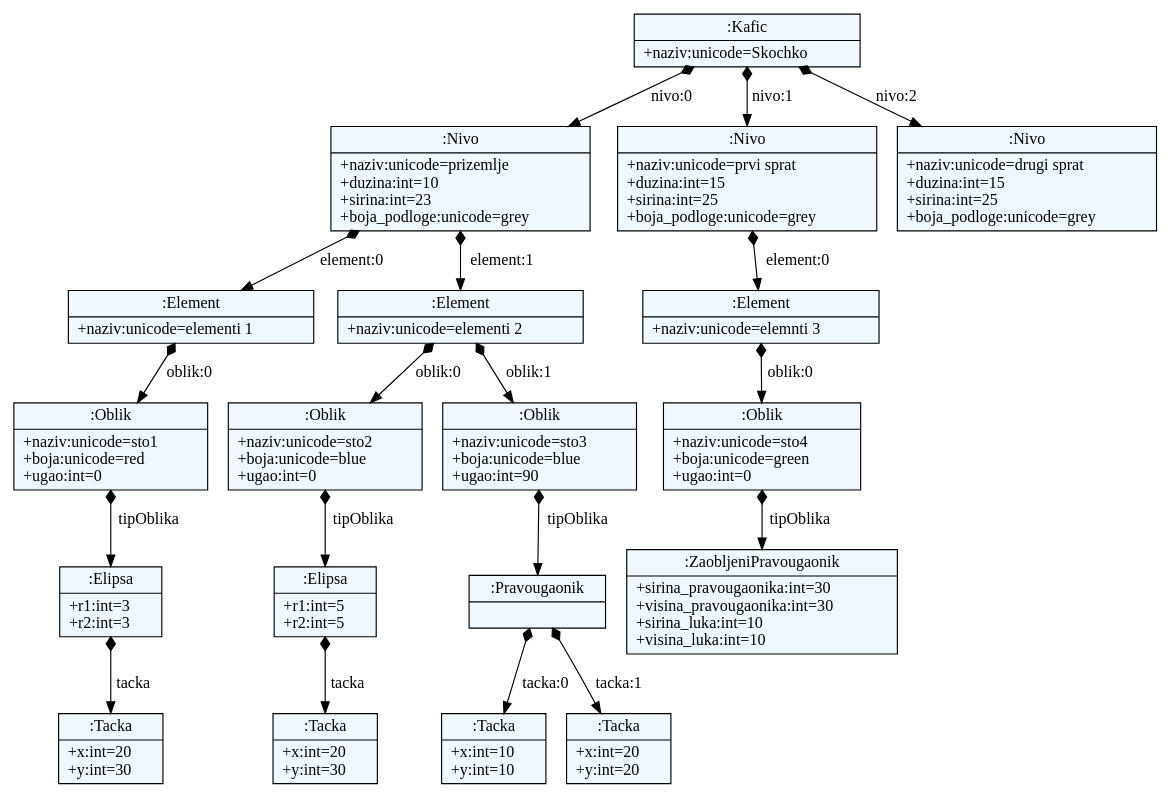
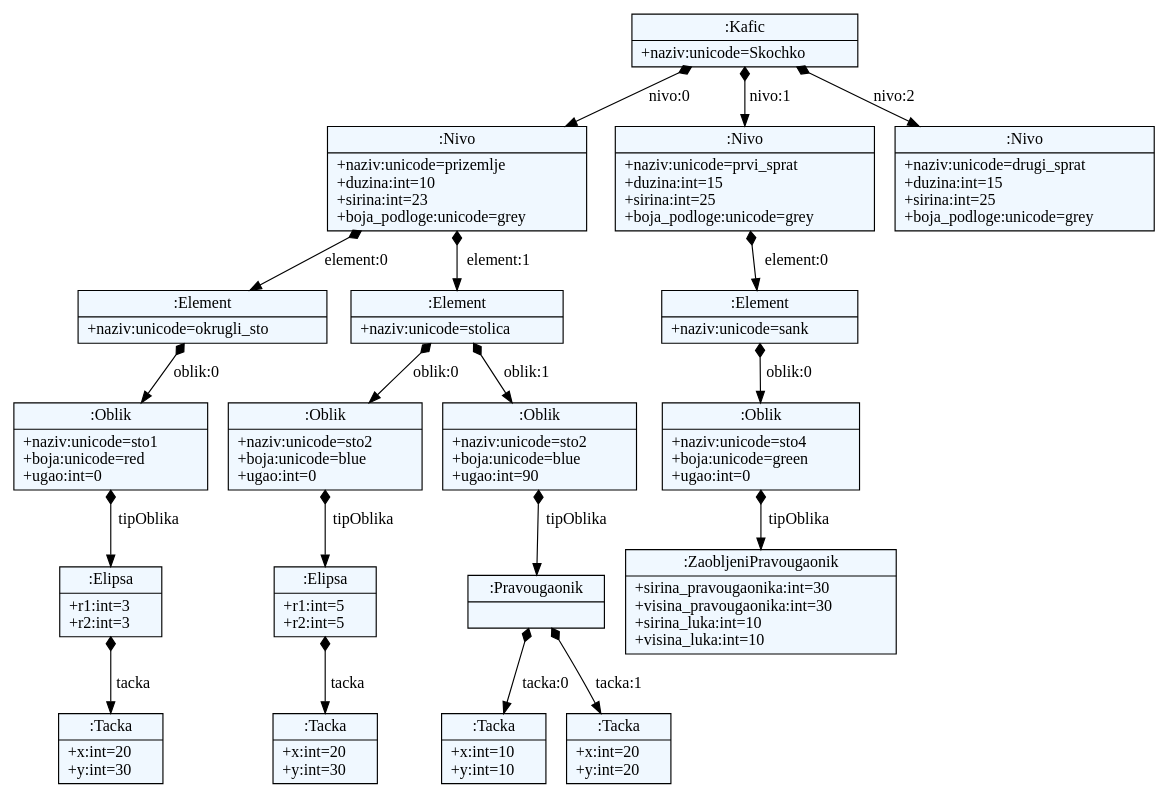
Before and after one commit to 0xMilica/JSDGenerator: the diagram in JSDProject/language/model.dot, drawn with Graphviz. The commit also changed 8 other files, not shown here.

```diff
--- a/JSDProject/language/model.dot
+++ b/JSDProject/language/model.dot
@@ -1,51 +1,51 @@
 
     digraph xtext {
     fontname = "Bitstream Vera Sans"
     fontsize = 8
     node[
         shape=record,
         style=filled,
         fillcolor=aliceblue
     ]
     edge[dir=black,arrowtail=empty]
 
 
-51651864 -> 51636320 [label="nivo:0" arrowtail=diamond dir=both]
-51636320 -> 51634584 [label="element:0" arrowtail=diamond dir=both]
-51634584 -> 51634416 [label="oblik:0" arrowtail=diamond dir=both]
-51634416 -> 51635760 [label="tipOblika" arrowtail=diamond dir=both]
-51635760 -> 51636992 [label="tacka" arrowtail=diamond dir=both]
-51636992[label="{:Tacka|+x:int=20\l+y:int=30\l}"]
-51635760[label="{:Elipsa|+r1:int=3\l+r2:int=3\l}"]
-51634416[label="{:Oblik|+naziv:unicode=sto1\l+boja:unicode=red\l+ugao:int=0\l}"]
-51634584[label="{:Element|+naziv:unicode=elementi 1\l}"]
-51636320 -> 51636544 [label="element:1" arrowtail=diamond dir=both]
-51636544 -> 51635816 [label="oblik:0" arrowtail=diamond dir=both]
-51635816 -> 51636768 [label="tipOblika" arrowtail=diamond dir=both]
-51636768 -> 51634976 [label="tacka" arrowtail=diamond dir=both]
-51634976[label="{:Tacka|+x:int=20\l+y:int=30\l}"]
-51636768[label="{:Elipsa|+r1:int=5\l+r2:int=5\l}"]
-51635816[label="{:Oblik|+naziv:unicode=sto2\l+boja:unicode=blue\l+ugao:int=0\l}"]
-51636544 -> 51637048 [label="oblik:1" arrowtail=diamond dir=both]
-51637048 -> 51635032 [label="tipOblika" arrowtail=diamond dir=both]
-51635032 -> 51635200 [label="tacka:0" arrowtail=diamond dir=both]
-51635200[label="{:Tacka|+x:int=10\l+y:int=10\l}"]
-51635032 -> 51635256 [label="tacka:1" arrowtail=diamond dir=both]
-51635256[label="{:Tacka|+x:int=20\l+y:int=20\l}"]
-51635032[label="{:Pravougaonik|}"]
-51637048[label="{:Oblik|+naziv:unicode=sto3\l+boja:unicode=blue\l+ugao:int=90\l}"]
-51636544[label="{:Element|+naziv:unicode=elementi 2\l}"]
-51636320[label="{:Nivo|+naziv:unicode=prizemlje\l+duzina:int=10\l+sirina:int=23\l+boja_podloge:unicode=grey\l}"]
-51651864 -> 51636376 [label="nivo:1" arrowtail=diamond dir=both]
-51636376 -> 51634472 [label="element:0" arrowtail=diamond dir=both]
-51634472 -> 51634808 [label="oblik:0" arrowtail=diamond dir=both]
-51634808 -> 51636936 [label="tipOblika" arrowtail=diamond dir=both]
-51636936[label="{:ZaobljeniPravougaonik|+sirina_pravougaonika:int=30\l+visina_pravougaonika:int=30\l+sirina_luka:int=10\l+visina_luka:int=10\l}"]
-51634808[label="{:Oblik|+naziv:unicode=sto4\l+boja:unicode=green\l+ugao:int=0\l}"]
-51634472[label="{:Element|+naziv:unicode=elemnti 3\l}"]
-51636376[label="{:Nivo|+naziv:unicode=prvi sprat\l+duzina:int=15\l+sirina:int=25\l+boja_podloge:unicode=grey\l}"]
-51651864 -> 51634528 [label="nivo:2" arrowtail=diamond dir=both]
-51634528[label="{:Nivo|+naziv:unicode=drugi sprat\l+duzina:int=15\l+sirina:int=25\l+boja_podloge:unicode=grey\l}"]
-51651864[label="{:Kafic|+naziv:unicode=Skochko\l}"]
+49358256 -> 49358416 [label="nivo:0" arrowtail=diamond dir=both]
+49358416 -> 49358608 [label="element:0" arrowtail=diamond dir=both]
+49358608 -> 49358736 [label="oblik:0" arrowtail=diamond dir=both]
+49358736 -> 49358928 [label="tipOblika" arrowtail=diamond dir=both]
+49358928 -> 49359056 [label="tacka" arrowtail=diamond dir=both]
+49359056[label="{:Tacka|+x:int=20\l+y:int=30\l}"]
+49358928[label="{:Elipsa|+r1:int=3\l+r2:int=3\l}"]
+49358736[label="{:Oblik|+naziv:unicode=sto1\l+boja:unicode=red\l+ugao:int=0\l}"]
+49358608[label="{:Element|+naziv:unicode=okrugli_sto\l}"]
+49358416 -> 49358704 [label="element:1" arrowtail=diamond dir=both]
+49358704 -> 49359120 [label="oblik:0" arrowtail=diamond dir=both]
+49359120 -> 49359184 [label="tipOblika" arrowtail=diamond dir=both]
+49359184 -> 49359248 [label="tacka" arrowtail=diamond dir=both]
+49359248[label="{:Tacka|+x:int=20\l+y:int=30\l}"]
+49359184[label="{:Elipsa|+r1:int=5\l+r2:int=5\l}"]
+49359120[label="{:Oblik|+naziv:unicode=sto2\l+boja:unicode=blue\l+ugao:int=0\l}"]
+49358704 -> 49359152 [label="oblik:1" arrowtail=diamond dir=both]
+49359152 -> 49359280 [label="tipOblika" arrowtail=diamond dir=both]
+49359280 -> 49359376 [label="tacka:0" arrowtail=diamond dir=both]
+49359376[label="{:Tacka|+x:int=10\l+y:int=10\l}"]
+49359280 -> 49359440 [label="tacka:1" arrowtail=diamond dir=both]
+49359440[label="{:Tacka|+x:int=20\l+y:int=20\l}"]
+49359280[label="{:Pravougaonik|}"]
+49359152[label="{:Oblik|+naziv:unicode=sto2\l+boja:unicode=blue\l+ugao:int=90\l}"]
+49358704[label="{:Element|+naziv:unicode=stolica\l}"]
+49358416[label="{:Nivo|+naziv:unicode=prizemlje\l+duzina:int=10\l+sirina:int=23\l+boja_podloge:unicode=grey\l}"]
+49358256 -> 49358576 [label="nivo:1" arrowtail=diamond dir=both]
+49358576 -> 49359216 [label="element:0" arrowtail=diamond dir=both]
+49359216 -> 49359472 [label="oblik:0" arrowtail=diamond dir=both]
+49359472 -> 49359536 [label="tipOblika" arrowtail=diamond dir=both]
+49359536[label="{:ZaobljeniPravougaonik|+sirina_pravougaonika:int=30\l+visina_pravougaonika:int=30\l+sirina_luka:int=10\l+visina_luka:int=10\l}"]
+49359472[label="{:Oblik|+naziv:unicode=sto4\l+boja:unicode=green\l+ugao:int=0\l}"]
+49359216[label="{:Element|+naziv:unicode=sank\l}"]
+49358576[label="{:Nivo|+naziv:unicode=prvi_sprat\l+duzina:int=15\l+sirina:int=25\l+boja_podloge:unicode=grey\l}"]
+49358256 -> 49358960 [label="nivo:2" arrowtail=diamond dir=both]
+49358960[label="{:Nivo|+naziv:unicode=drugi_sprat\l+duzina:int=15\l+sirina:int=25\l+boja_podloge:unicode=grey\l}"]
+49358256[label="{:Kafic|+naziv:unicode=Skochko\l}"]
 
 }
```
